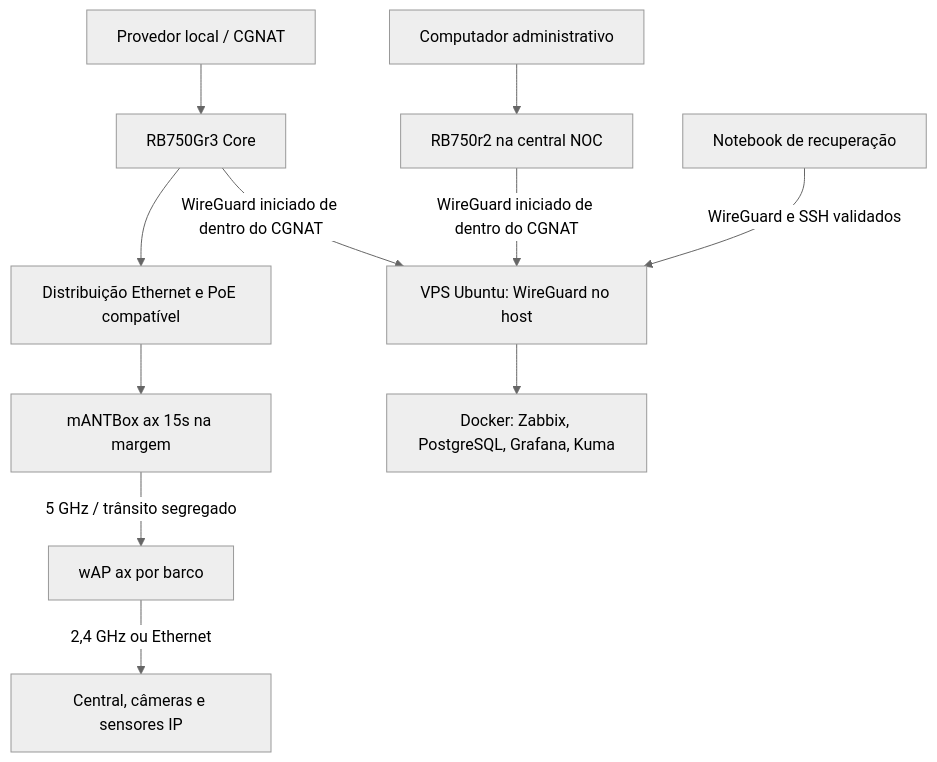
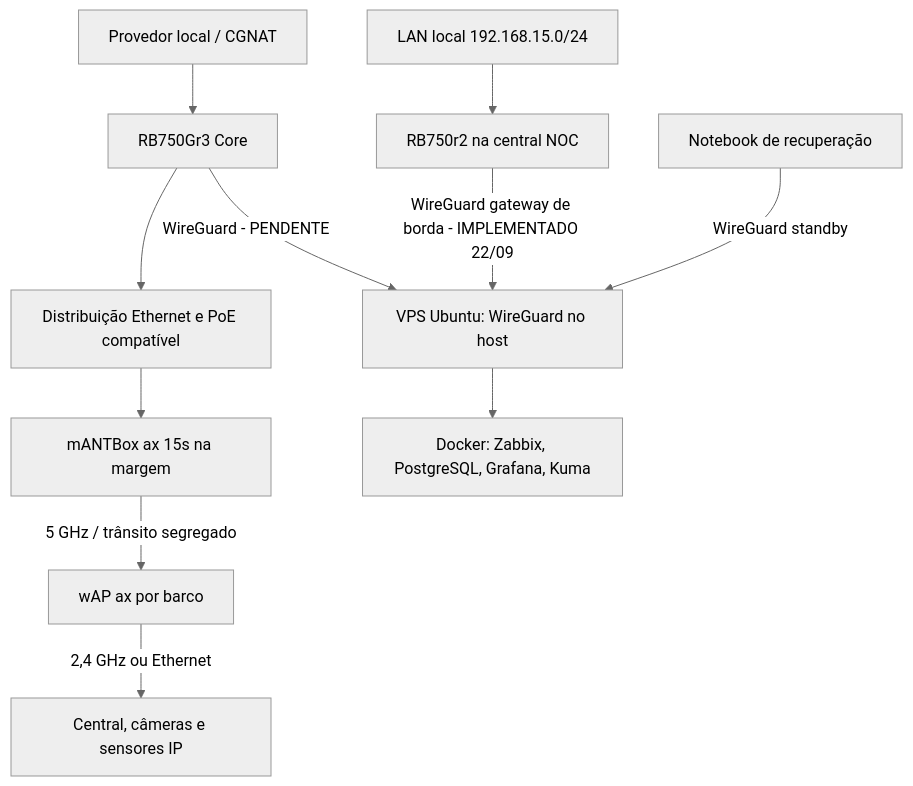
Before and after one commit to Wittemberg/wifi-Guarderia: the diagram in docs/01-architecture/ARCHITECTURE.md, drawn with Mermaid (neutral theme). The commit also changed other lines of this file and 4 other files, not shown here.

````diff
--- a/docs/01-architecture/ARCHITECTURE.md
+++ b/docs/01-architecture/ARCHITECTURE.md
@@ -7,13 +7,13 @@
 ```mermaid
 flowchart TD
-  NOTEBOOK[Notebook de recuperação] -->|WireGuard e SSH validados| VPS
-  PC[Computador administrativo] --> NOC[RB750r2 na central NOC]
-  NOC -->|WireGuard iniciado de dentro do CGNAT| VPS[VPS Ubuntu: WireGuard no host]
+  NOTEBOOK[Notebook de recuperação] -->|WireGuard standby| VPS
+  LAN[LAN local 192.168.15.0/24] --> NOC[RB750r2 na central NOC]
+  NOC -->|WireGuard gateway de borda - IMPLEMENTADO 22/09| VPS[VPS Ubuntu: WireGuard no host]
   ISP[Provedor local / CGNAT] --> CORE[RB750Gr3 Core]
-  CORE -->|WireGuard iniciado de dentro do CGNAT| VPS
+  CORE -->|WireGuard - PENDENTE| VPS
   CORE --> POE[Distribuição Ethernet e PoE compatível]
   POE --> AP[mANTBox ax 15s na margem]
   AP -->|5 GHz / trânsito segregado| WAP[wAP ax por barco]
   WAP -->|2,4 GHz ou Ethernet| KIT[Central, câmeras e sensores IP]
   VPS --> MONITORING[Docker: Zabbix, PostgreSQL, Grafana, Kuma]
 ```
````
